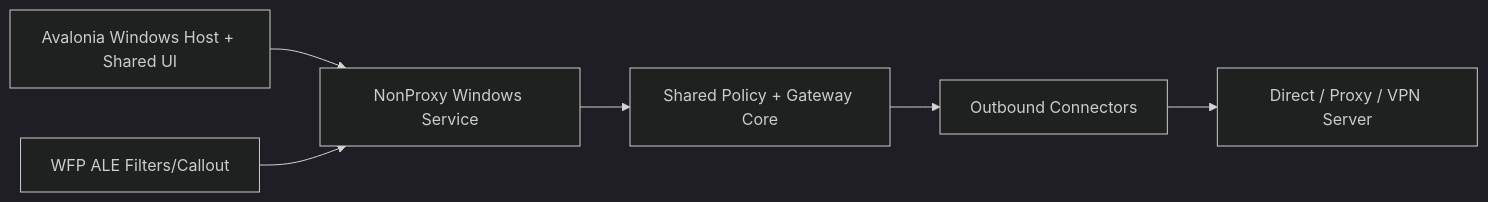
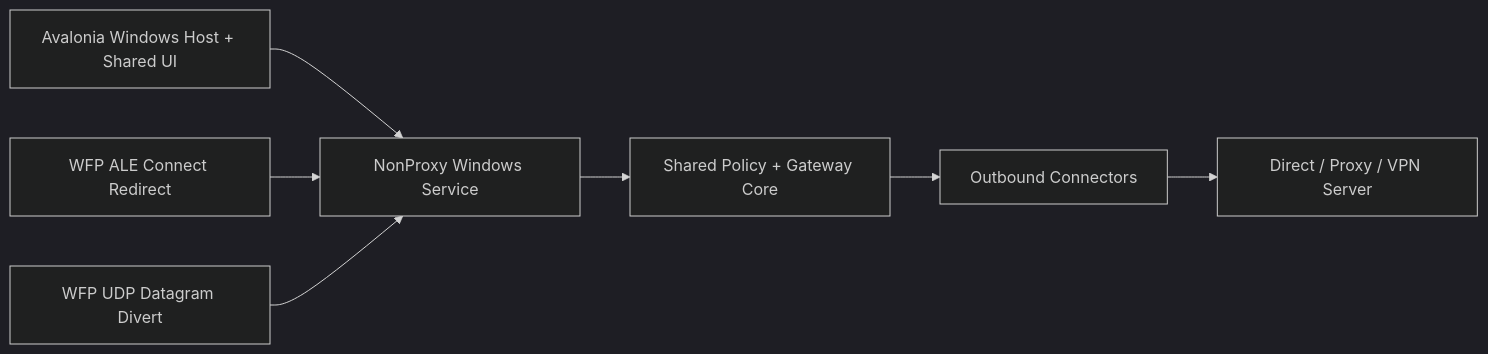
One commit to fanslead/non_proxy changed the third of 3 diagrams in docs/TECHNICAL_IMPLEMENTATION.md. Above: the diagram before and after it, drawn with Mermaid (dark theme). The commit also changed other lines of this file and 32 other files, not shown here.

Commit message:
feat(windows): divert UDP and QUIC through policy

````diff
--- a/docs/TECHNICAL_IMPLEMENTATION.md
+++ b/docs/TECHNICAL_IMPLEMENTATION.md
@@ -510,8 +510,9 @@
 ```mermaid
 flowchart LR
     WUI["Avalonia Windows Host + Shared UI"] --> WS["NonProxy Windows Service"]
-    WFP["WFP ALE Filters/Callout"] --> WS
+    ALE["WFP ALE Connect Redirect"] --> WS
+    UDP["WFP UDP Datagram Divert"] --> WS
     WS --> CORE["Shared Policy + Gateway Core"]
     CORE --> OUT["Outbound Connectors"]
     OUT --> NET["Direct / Proxy / VPN Server"]
 ```
````
